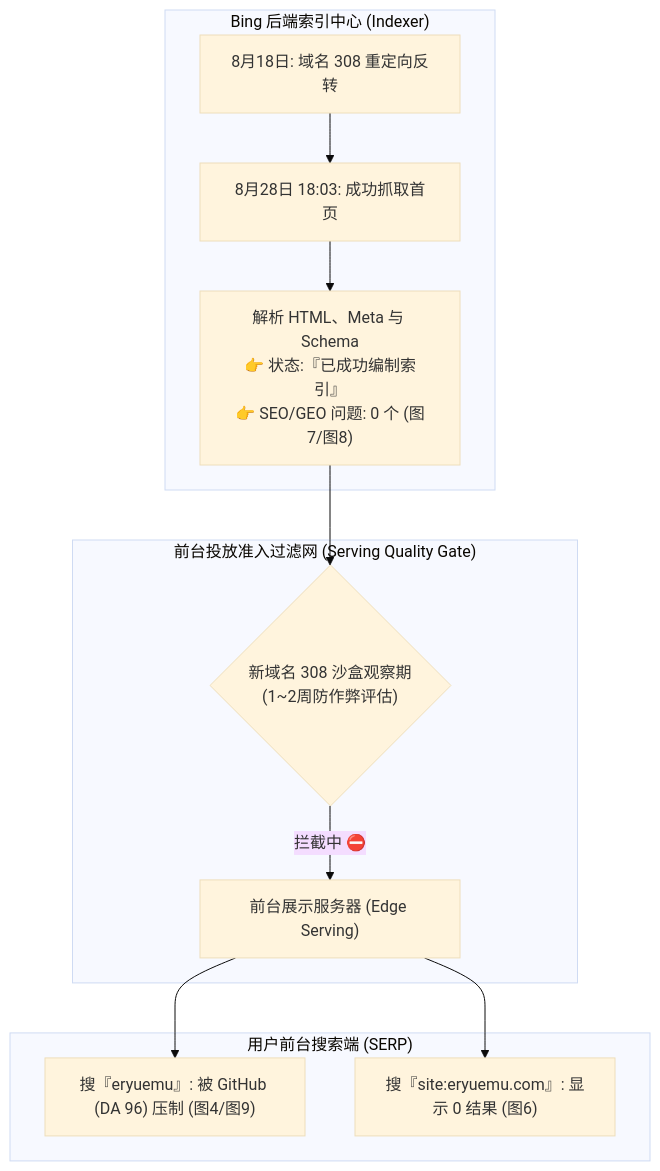
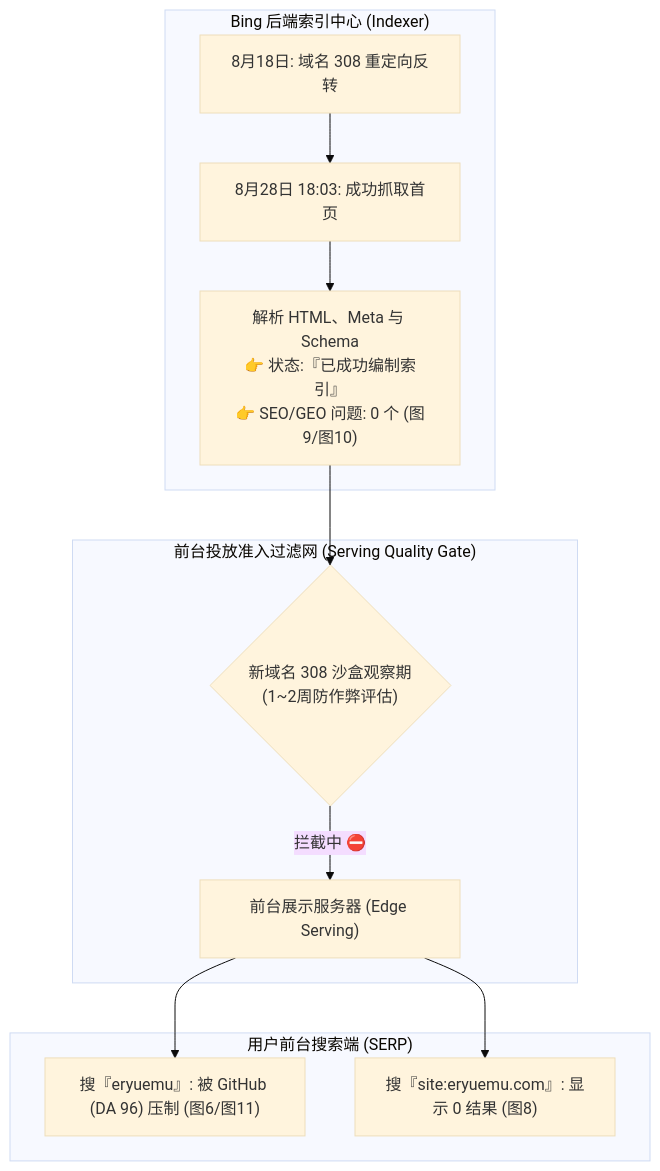
One commit to eryuemu/eryuemu-blog changed the first of 2 diagrams in src/content/blog/bwt-meta-desc-short-and-ghost-indexing-recap.md. Above: the diagram before and after it, drawn with Mermaid (base theme). The commit also changed other lines of this file and 2 other files, not shown here.

````diff
--- a/src/content/blog/bwt-meta-desc-short-and-ghost-indexing-recap.md
+++ b/src/content/blog/bwt-meta-desc-short-and-ghost-indexing-recap.md
@@ -80,17 +105,17 @@
 ```mermaid
 flowchart TD
     subgraph Bing_Backend ["Bing 后端索引中心 (Indexer)"]
         A["8月18日: 域名 308 重定向反转"] --> B["8月28日 18:03: 成功抓取首页"]
-        B --> C["解析 HTML、Meta 与 Schema<br/>👉 状态:『已成功编制索引』<br/>👉 SEO/GEO 问题: 0 个 (图7/图8)"]
+        B --> C["解析 HTML、Meta 与 Schema<br/>👉 状态:『已成功编制索引』<br/>👉 SEO/GEO 问题: 0 个 (图9/图10)"]
     end
 
     subgraph Serving_Gate ["前台投放准入过滤网 (Serving Quality Gate)"]
         C --> D{"新域名 308 沙盒观察期<br/>(1~2周防作弊评估)"}
         D -->|拦截中 ⛔| E["前台展示服务器 (Edge Serving)"]
     end
 
     subgraph Front_Search ["用户前台搜索端 (SERP)"]
-        E --> F["搜『eryuemu』: 被 GitHub (DA 96) 压制 (图4/图9)"]
-        E --> G["搜『site:eryuemu.com』: 显示 0 结果 (图6)"]
+        E --> F["搜『eryuemu』: 被 GitHub (DA 96) 压制 (图6/图11)"]
+        E --> G["搜『site:eryuemu.com』: 显示 0 结果 (图8)"]
     end
 ```
````
